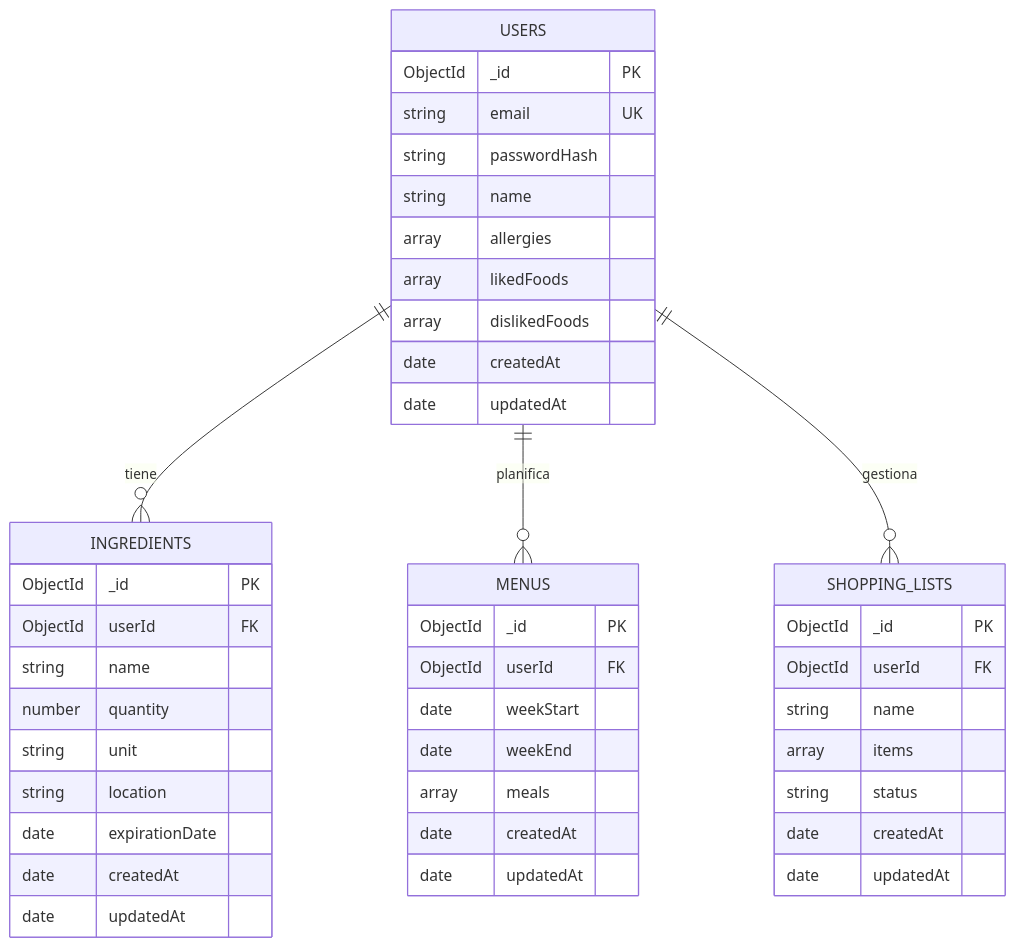
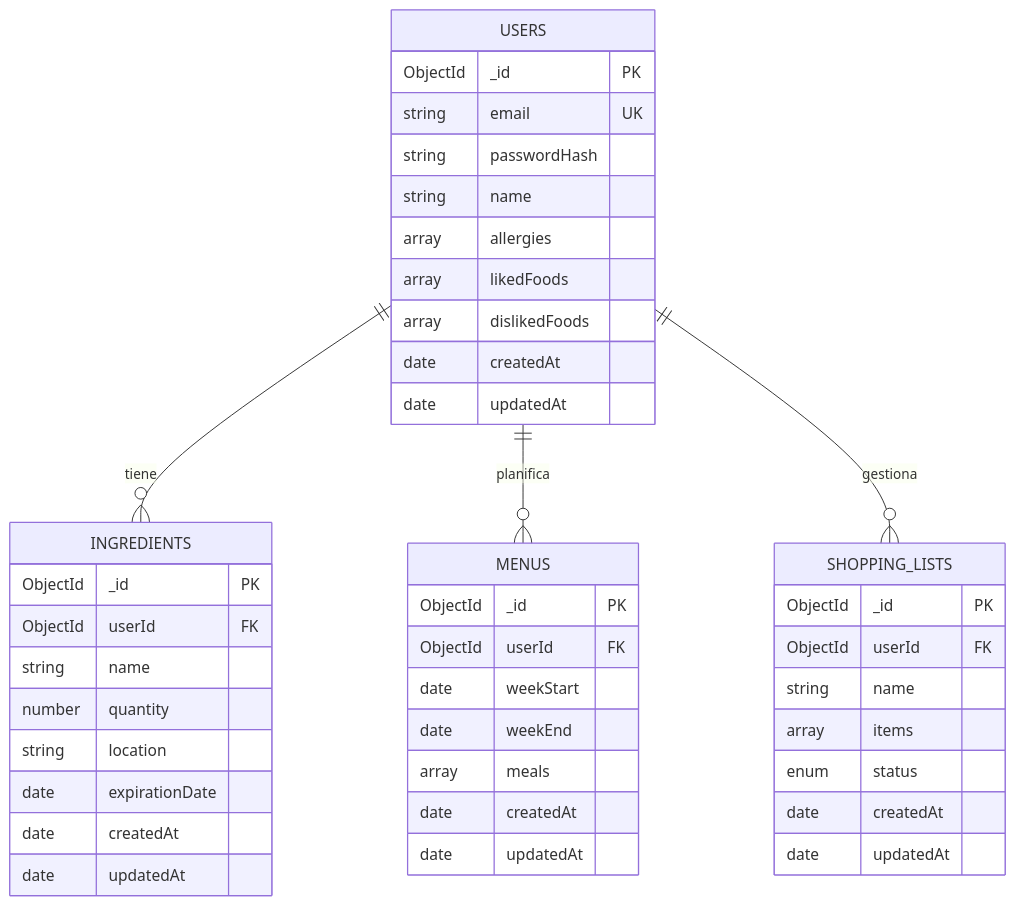
The diagram in docs/propuesta/02-viabilidad-tecnica.md (nenooodev/Placeholder), drawn with Mermaid before and after one commit.

Commit message:
Change 'status' to 'enum status' in documentation

````diff
--- a/docs/propuesta/02-viabilidad-tecnica.md
+++ b/docs/propuesta/02-viabilidad-tecnica.md
@@ -257,50 +257,49 @@
 ```mermaid
 erDiagram
     USERS ||--o{ INGREDIENTS : tiene
     USERS ||--o{ MENUS : planifica
     USERS ||--o{ SHOPPING_LISTS : gestiona
 
     USERS {
         ObjectId _id PK
         string email UK
         string passwordHash
         string name
         array allergies
         array likedFoods
         array dislikedFoods
         date createdAt
         date updatedAt
     }
 
     INGREDIENTS {
         ObjectId _id PK
         ObjectId userId FK
         string name
         number quantity
-        string unit
         string location
         date expirationDate
         date createdAt
         date updatedAt
     }
 
     MENUS {
         ObjectId _id PK
         ObjectId userId FK
         date weekStart
         date weekEnd
         array meals
         date createdAt
         date updatedAt
     }
 
     SHOPPING_LISTS {
         ObjectId _id PK
         ObjectId userId FK
         string name
         array items
-        string status
+         enum status
         date createdAt
         date updatedAt
     }
 ```
````
